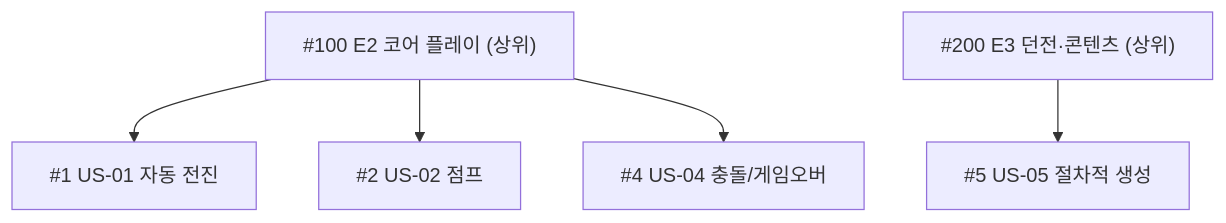
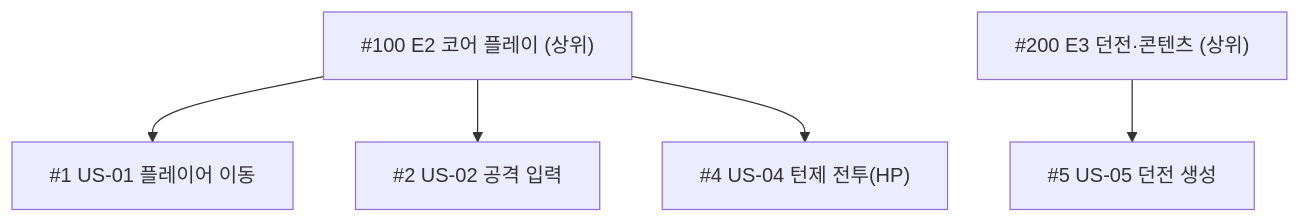
One commit to bbnotest/Smart4_PM changed the diagram in 04_Redmine/Step3.md. Above: the diagram before and after it, drawn with Mermaid. The commit also changed other lines of this file and 36 other files, not shown here.

````diff
--- a/04_Redmine/Step3.md
+++ b/04_Redmine/Step3.md
@@ -10,7 +10,7 @@
 ```mermaid
 graph TD
-    P100["#100 E2 코어 플레이 (상위)"] --> C1["#1 US-01 자동 전진"]
-    P100 --> C2["#2 US-02 점프"]
-    P100 --> C4["#4 US-04 충돌/게임오버"]
-    P200["#200 E3 던전·콘텐츠 (상위)"] --> C5["#5 US-05 절차적 생성"]
+    P100["#100 E2 코어 플레이 (상위)"] --> C1["#1 US-01 플레이어 이동"]
+    P100 --> C2["#2 US-02 공격 입력"]
+    P100 --> C4["#4 US-04 턴제 전투(HP)"]
+    P200["#200 E3 던전·콘텐츠 (상위)"] --> C5["#5 US-05 던전 생성"]
 ```
````
